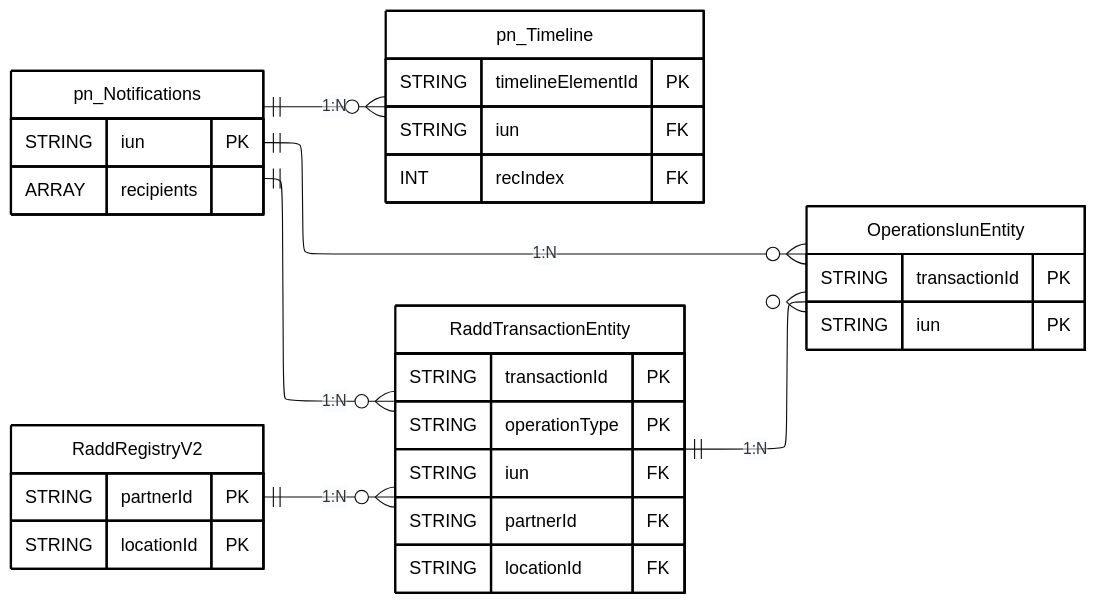
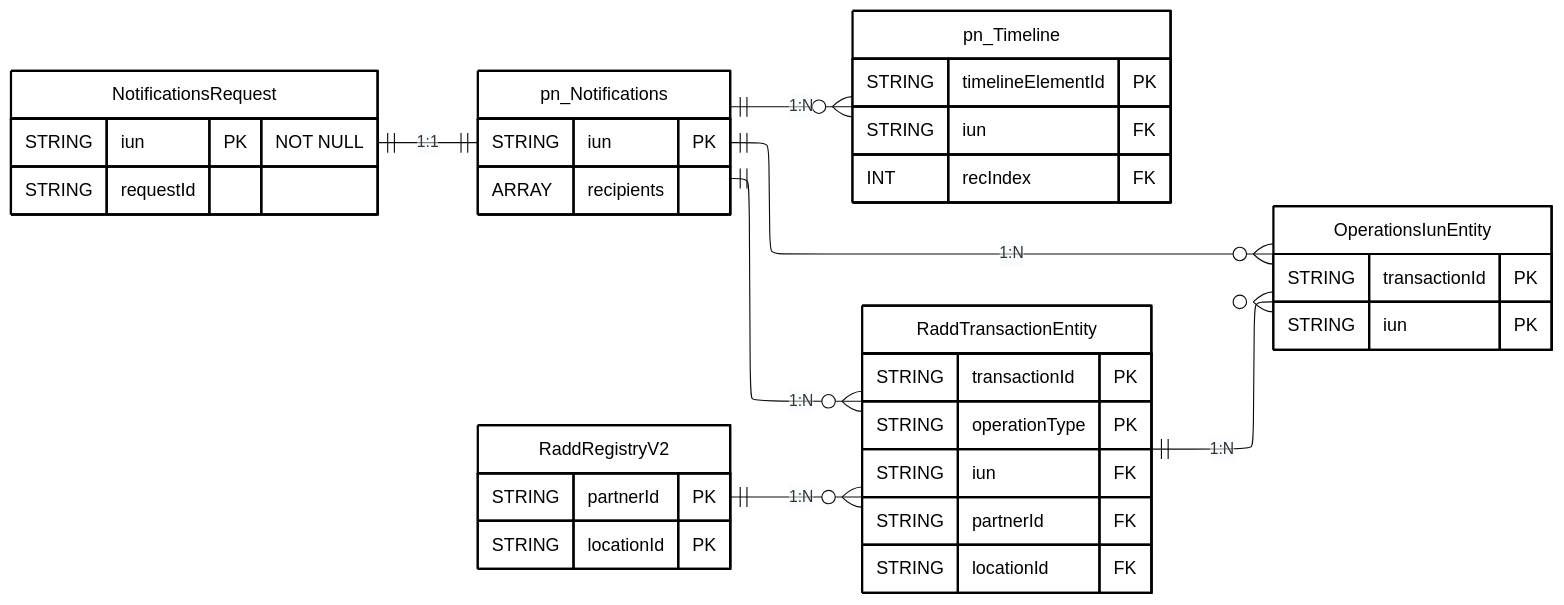
Before and after one commit to pagopa/pn-metrics: the diagram in send_diagrams/data-models/send_er_model.mmd, drawn with Mermaid. The commit also changed 3 other files, not shown here.

Commit message:
docs: drop bold in er diagrams and update domicili_e_recapiti_digitali er diagram

```diff
--- a/send_diagrams/data-models/send_er_model.mmd
+++ b/send_diagrams/data-models/send_er_model.mmd
@@ -1,93 +1,102 @@
 ---
 config:
   layout: elk
   theme: base
 ---
 erDiagram
 
     %% diagram version: 0.0.1
 
     %% sources:
     %% - dc-pn-Notifications.yaml
     %%   id: urn:send:pn:notifications
     %%   version: 0.0.1
     %% - dc-pn-timeline.yaml
     %%   id: urn:send:pn:timelines
     %%   version: 0.0.1
     %% - dc-radd-transaction-entity.yaml
     %%   id: urn:send:radd-alt:dc-radd-transaction-entity
     %%   version: 0.0.1
     %% - dc-radd-registry.yaml
     %%   id: urn:send:radd-alt:dc-radd-registry
     %%   version: 0.0.1
     %% - dc-operations-iuns-entity.yaml
     %%   id: urn:send:radd-alt:dc-operations-iuns-entity
     %%   version: 0.0.1
     %% - dc-pn-EcRichiesteMetadati.yaml
     %%   id: urn:send:postalizzazione:pn-ecrichiestemetadati
     %%   version: 0.0.1
 
     %% CONVENZIONI
     %% - Sono riportate esclusivamente le entità principali
     %% - Sono riportati solamente attributi PK e FK
     %% - Le cardinalità derivano dai diagrammi di dettaglio dei singoli domini
     %% - I commenti descrivono la logica di correlazione tra le entità
 
     Direction LR
 
+    NotificationsRequest {
+        STRING iun PK "NOT NULL"
+        STRING requestId
+    }
+
     pn_Notifications {
         STRING iun PK
         ARRAY recipients
     }
 
     pn_Timeline {
         STRING timelineElementId PK
         STRING iun FK
         INT recIndex FK
     }
 
     RaddRegistryV2 {
         STRING partnerId PK
         STRING locationId PK
     }
 
     RaddTransactionEntity {
         STRING transactionId PK
         STRING operationType PK
         STRING iun FK
         STRING partnerId FK
         STRING locationId FK
     }
 
     OperationsIunEntity {
         STRING transactionId PK
         STRING iun PK
     }
 
     %% RELAZIONI
 
+    NotificationsRequest ||--|| pn_Notifications : "1:1"
+
+
     %% RaddTransactionEntity.transactionId = OperationsIunEntity.transactionId
     RaddTransactionEntity ||--o{ OperationsIunEntity : "1:N"
 
     %% RaddRegistryV2.partnerId = RaddTransactionEntity.partnerId AND RaddRegistryV2.locationId = RaddTransactionEntity.locationId
     RaddRegistryV2 ||--o{ RaddTransactionEntity : "1:N"
 
     %% Operazioni ACT: stampa atti notificati
     %% pn_Notifications.iun = RaddTransactionEntity.iun
     pn_Notifications ||--o{ RaddTransactionEntity : "1:N"
 
     %% Operazioni AOR: accesso a notifica per irreperibile
     %% OperationsIunEntity.iun = pn_Notifications.iun
     pn_Notifications ||--o{ OperationsIunEntity : "1:N"
 
     %% Join a livello di notifica: pn_Notifications.iun = pn_Timeline.iun
     %% Join a livello di destinatario: pn_Notifications.iun = pn_Timeline.iun AND pn_Timeline.recIndex identifica il destinatario della notifica
     pn_Notifications ||--o{ pn_Timeline : "1:N"
 
     %% STILE
 
+    style NotificationsRequest fill:#FFFFFF,stroke:#000000,stroke-width:2px,color:#000000
     style pn_Notifications fill:#FFFFFF,stroke:#000000,stroke-width:2px,color:#000000
     style pn_Timeline fill:#FFFFFF,stroke:#000000,stroke-width:2px,color:#000000
     style RaddRegistryV2 fill:#FFFFFF,stroke:#000000,stroke-width:2px,color:#000000
     style RaddTransactionEntity fill:#FFFFFF,stroke:#000000,stroke-width:2px,color:#000000
     style OperationsIunEntity fill:#FFFFFF,stroke:#000000,stroke-width:2px,color:#000000
```
